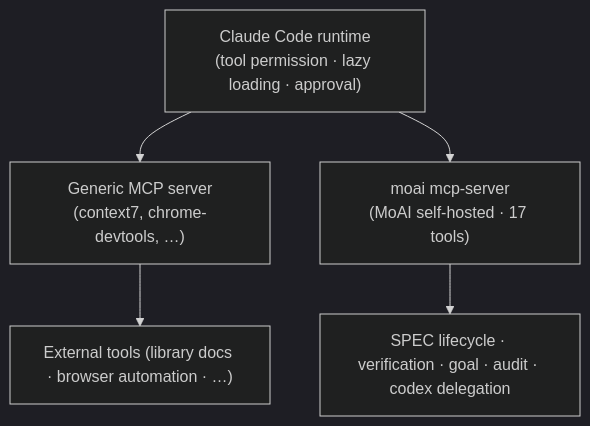
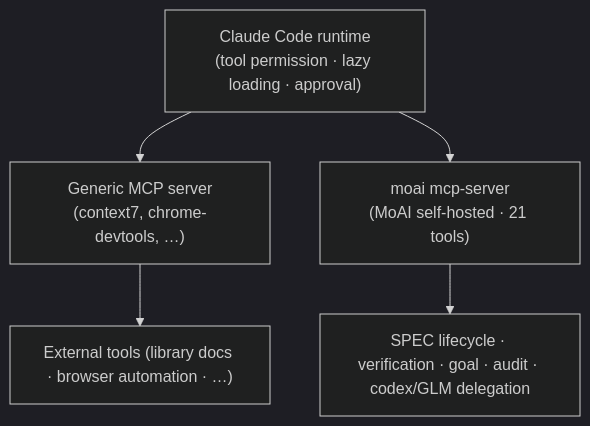
Before and after one commit to modu-ai/moai-adk: the diagram in docs-site/content/en/guides/mcp-server.md, drawn with Mermaid (dark theme). The commit also changed other lines of this file and 86 other files, not shown here.

First line of the commit message:
docs(ossdocs): v3.1.1 doc-gap landing — 13-page x4-locale + mermaid fixes + version sync + backend-mix

````diff
--- a/docs-site/content/en/guides/mcp-server.md
+++ b/docs-site/content/en/guides/mcp-server.md
@@ -28,10 +28,10 @@
 ```mermaid
 flowchart TD
     CC["Claude Code runtime<br/>(tool permission · lazy loading · approval)"]
     CMCP["Generic MCP server<br/>(context7, chrome-devtools, …)"]
-    MMCP["moai mcp-server<br/>(MoAI self-hosted · 17 tools)"]
+    MMCP["moai mcp-server<br/>(MoAI self-hosted · 21 tools)"]
     CC --> CMCP
     CC --> MMCP
-    MMCP --> TOOLS["SPEC lifecycle · verification · goal · audit · codex delegation"]
+    MMCP --> TOOLS["SPEC lifecycle · verification · goal · audit · codex/GLM delegation"]
     CMCP --> EXT["External tools (library docs · browser automation · …)"]
 ```
````
